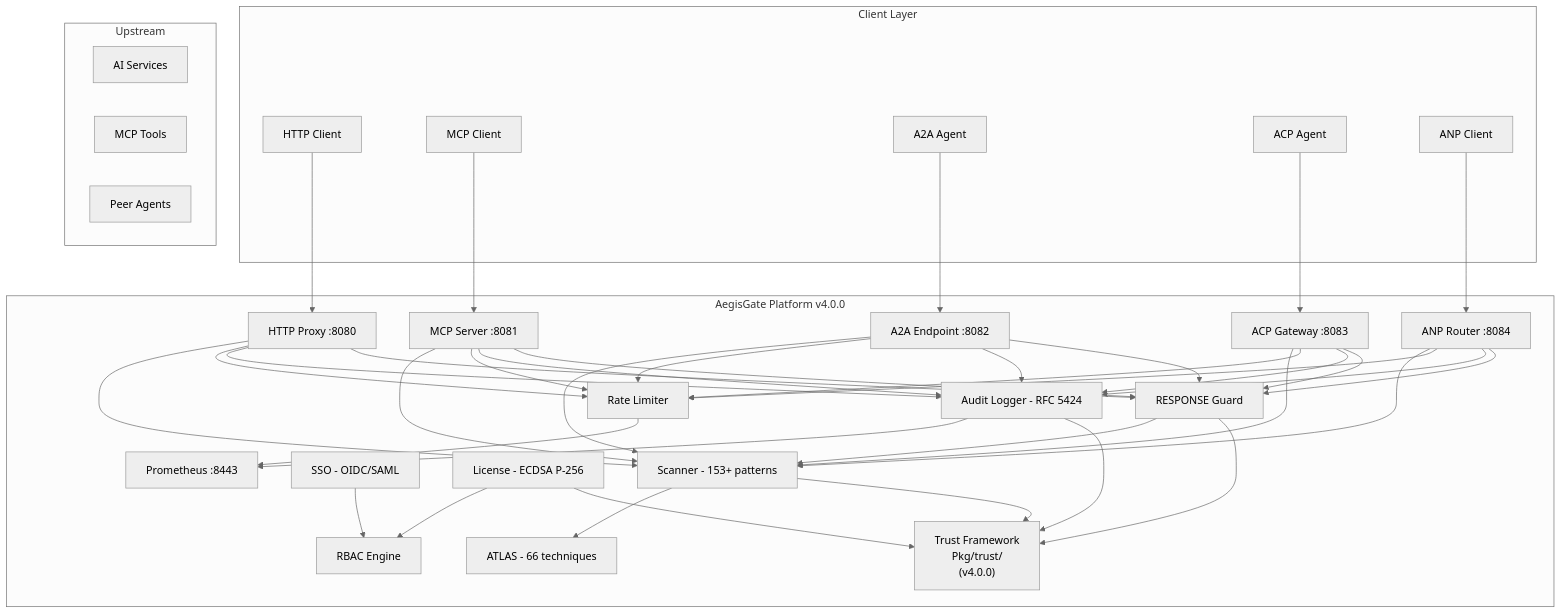
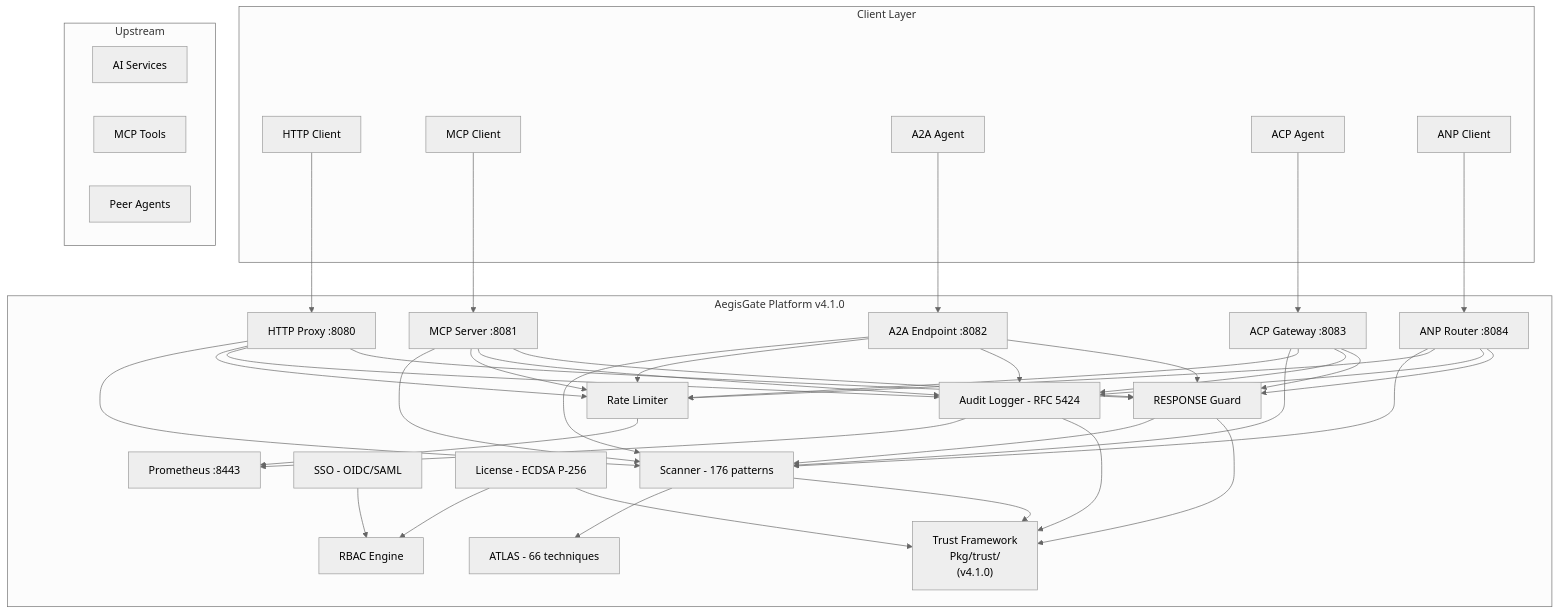
One commit to aegisgatesecurity/aegisgate-site changed the diagram in content/tech.md. Above: the diagram before and after it, drawn with Mermaid (neutral theme). The commit also changed other lines of this file and 69 other files, not shown here.

```diff
--- a/content/tech.md
+++ b/content/tech.md
@@ -11,61 +11,61 @@
 {{< mermaid >}}
 flowchart TB
     subgraph Client["Client Layer"]
         A["HTTP Client"]
         B["MCP Client"]
         C["A2A Agent"]
         D["ACP Agent"]
         E["ANP Client"]
     end
 
-    subgraph AegisGate["AegisGate Platform v4.0.0"]
+    subgraph AegisGate["AegisGate Platform v4.1.0"]
         G["HTTP Proxy :8080"]
         H["MCP Server :8081"]
         I["A2A Endpoint :8082"]
         J["ACP Gateway :8083"]
         K["ANP Router :8084"]
         L["RESPONSE Guard"]
-        TR["Trust Framework\nPkg/trust/\n(v4.0.0)"]
+        TR["Trust Framework\nPkg/trust/\n(v4.1.0)"]
 
-        M["Scanner - 153+ patterns"]
+        M["Scanner - 176 patterns"]
         N["ATLAS - 66 techniques"]
         O["Rate Limiter"]
         P["Audit Logger - RFC 5424"]
 
         Q["SSO - OIDC/SAML"]
         R["RBAC Engine"]
         S["License - ECDSA P-256"]
 
         T["Prometheus :8443"]
     end
 
     subgraph Upstream["Upstream"]
         U["AI Services"]
         V["MCP Tools"]
         W["Peer Agents"]
     end
 
     A --> G
     B --> H
     C --> I
     D --> J
     E --> K
 
     G --> M & O & P & L
     H --> M & O & P & L
     I --> M & O & P & L
     J --> M & O & P & L
     K --> M & O & P & L
 
     M --> N
     L --> M
     O --> T
     P --> T
     Q --> R
     S --> R
 
     M --> TR
     L --> TR
     P --> TR
     S --> TR
 {{< /mermaid >}}
```
